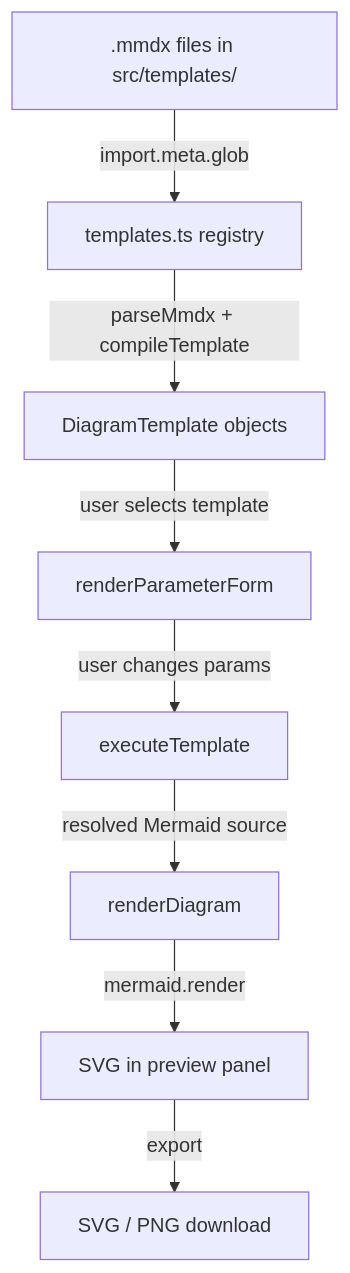
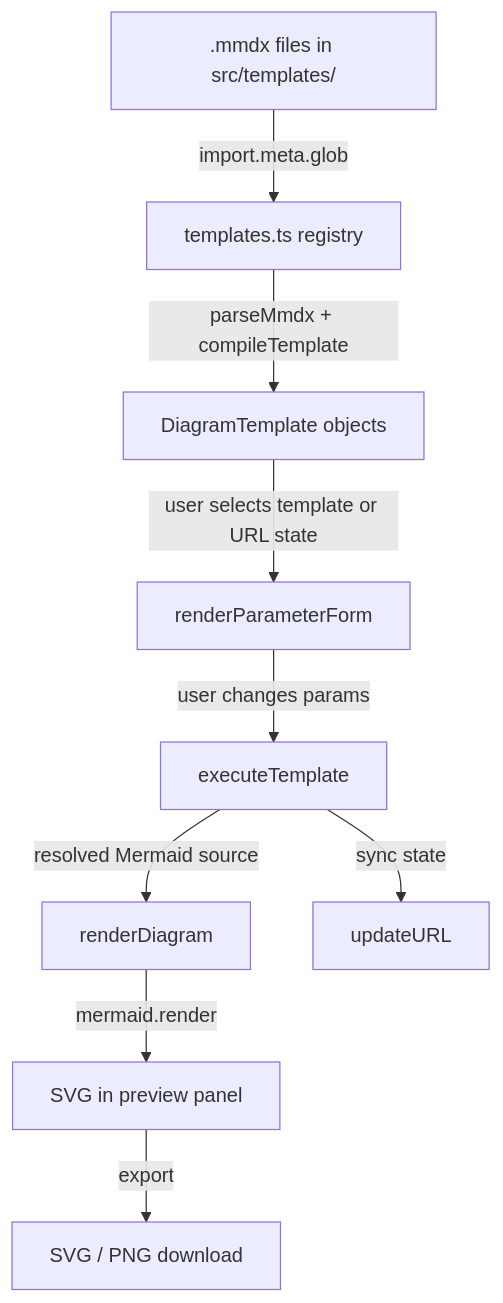
Before and after one commit to smithco-pro/parametric-diagrams: the second of 2 diagrams in docs/architecture/overview.md, drawn with Mermaid. The commit also changed other lines of this file and 5 other files, not shown here.

````diff
--- a/docs/architecture/overview.md
+++ b/docs/architecture/overview.md
@@ -19,10 +20,11 @@
 ```mermaid
 flowchart TD
     A[".mmdx files in src/templates/"] -->|import.meta.glob| B[templates.ts registry]
     B -->|parseMmdx + compileTemplate| C[DiagramTemplate objects]
-    C -->|user selects template| D[renderParameterForm]
+    C -->|user selects template or URL state| D[renderParameterForm]
     D -->|user changes params| E[executeTemplate]
     E -->|resolved Mermaid source| F[renderDiagram]
+    E -->|sync state| I[updateURL]
     F -->|mermaid.render| G[SVG in preview panel]
     G -->|export| H[SVG / PNG download]
 ```
````
